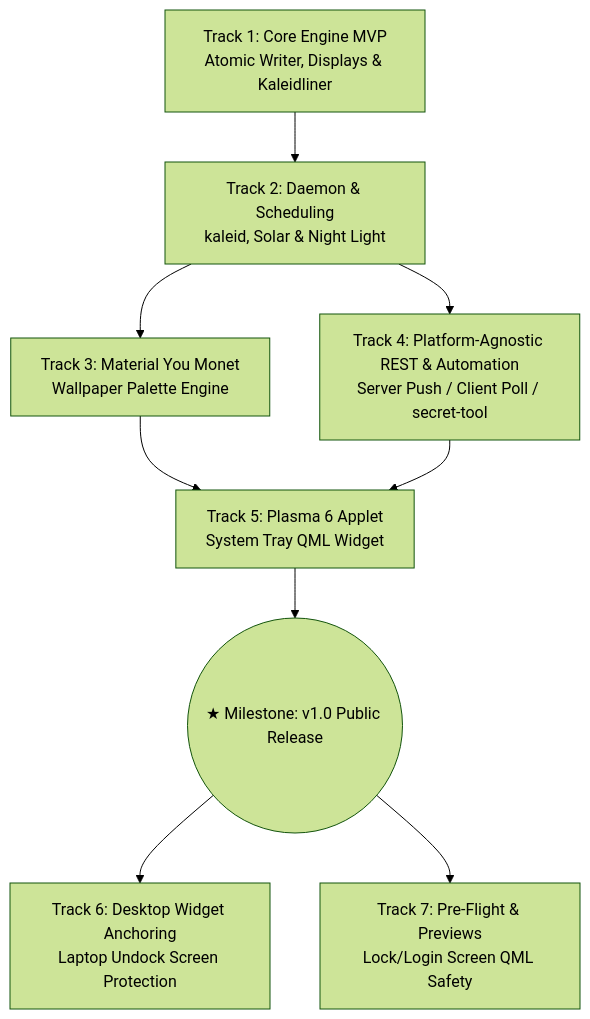
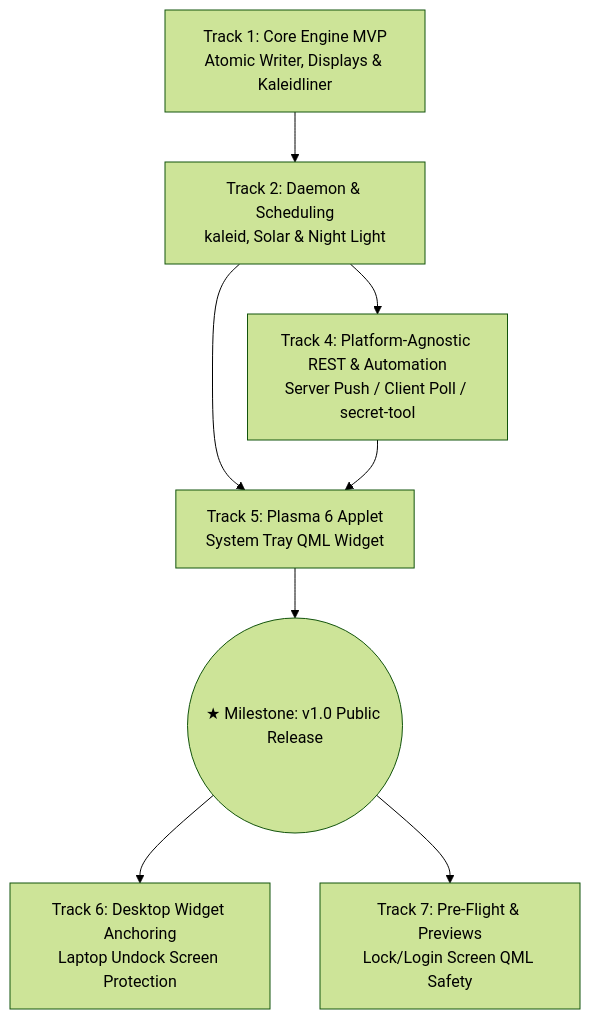
One commit to l3enjamin/Kaleidos changed the diagram in conductor/roadmap.md. Above: the diagram before and after it, drawn with Mermaid (forest theme). The commit also changed other lines of this file and 2 other files, not shown here.

Commit message:
docs(conductor): update scope to Klassy and native KDE wallpaper accent color

````diff
--- a/conductor/roadmap.md
+++ b/conductor/roadmap.md
@@ -22,11 +22,10 @@
 ```mermaid
 graph TD
     T1[Track 1: Core Engine MVP<br/>Atomic Writer, Displays & Kaleidliner] --> T2[Track 2: Daemon & Scheduling<br/>kaleid, Solar & Night Light]
-    T2 --> T3[Track 3: Material You Monet<br/>Wallpaper Palette Engine]
     T2 --> T4[Track 4: Platform-Agnostic REST & Automation<br/>Server Push / Client Poll / secret-tool]
-    T3 --> T5[Track 5: Plasma 6 Applet<br/>System Tray QML Widget]
+    T2 --> T5[Track 5: Plasma 6 Applet<br/>System Tray QML Widget]
     T4 --> T5
     T5 --> V1((★ Milestone: v1.0 Public Release))
     V1 --> T6[Track 6: Desktop Widget Anchoring<br/>Laptop Undock Screen Protection]
     V1 --> T7[Track 7: Pre-Flight & Previews<br/>Lock/Login Screen QML Safety]
 ```
````
